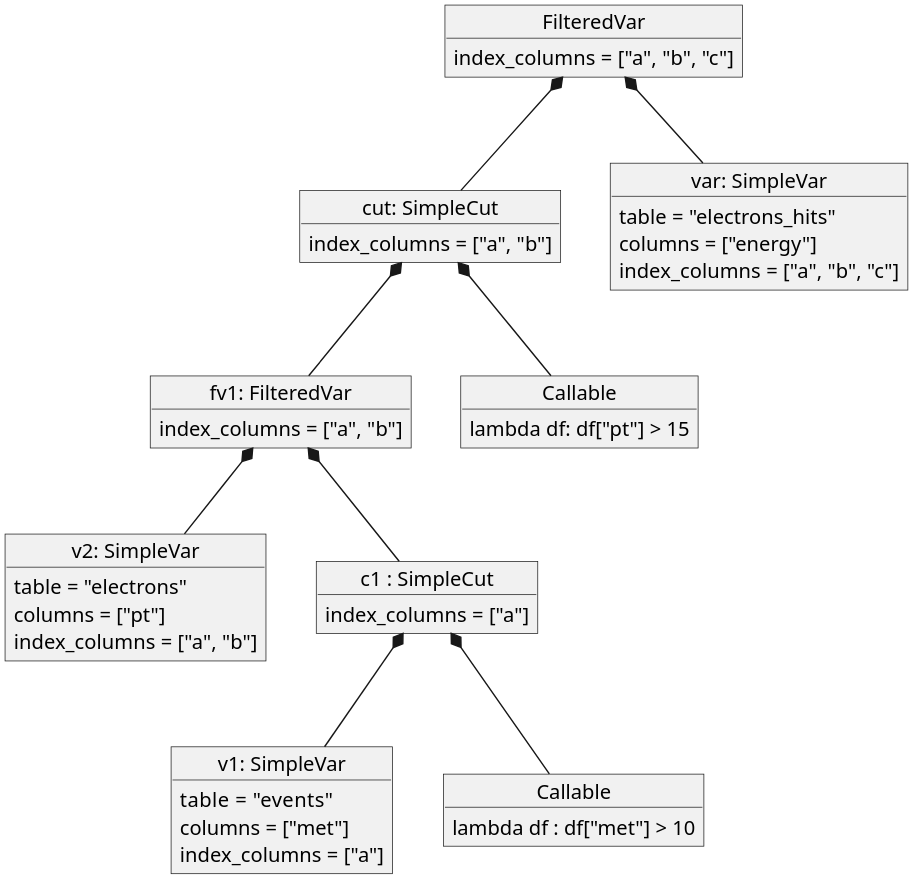
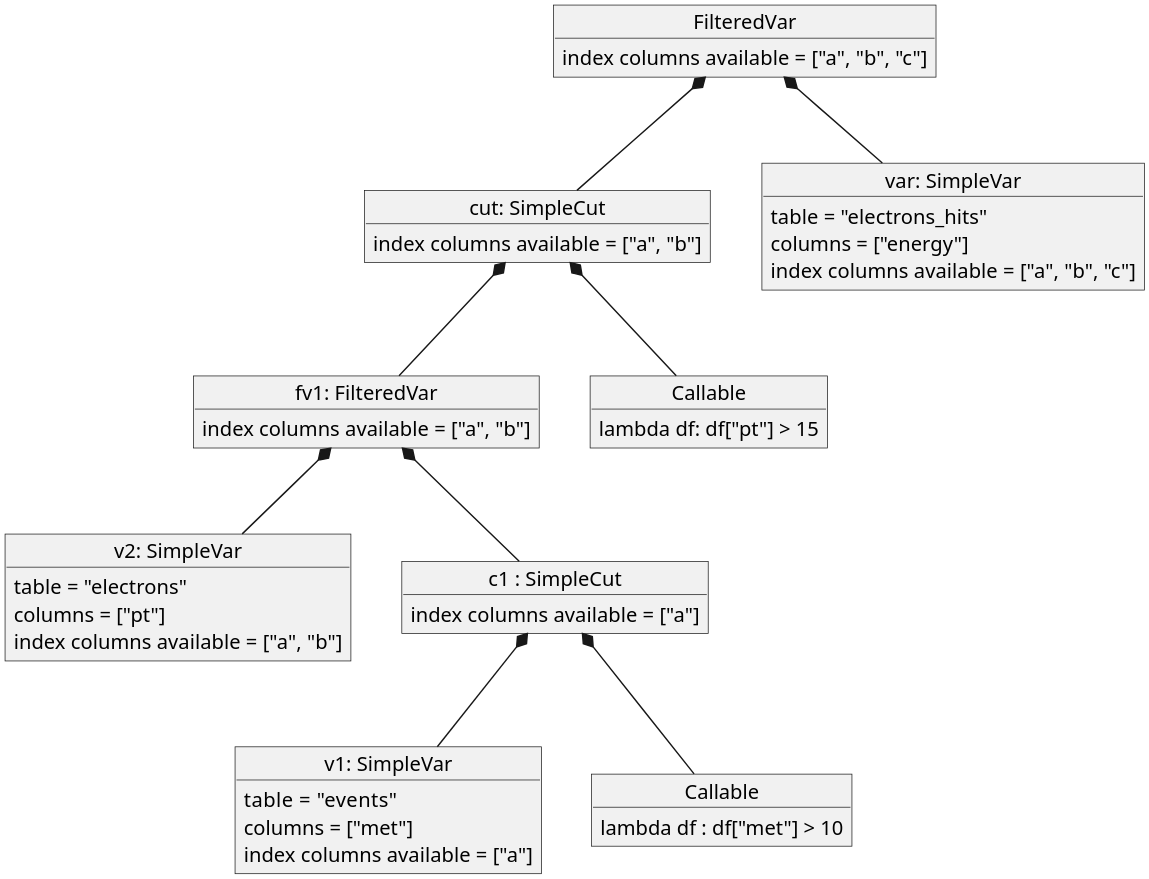
Before and after one commit to marcpaterno/pandana3-design: the diagram in diagrams/fv-uc-03.pu, drawn with PlantUML. The commit also changed 2 other files, not shown here.

Commit message:
Try to emphasize the index columns in not instance data

```diff
--- a/diagrams/fv-uc-03.pu
+++ b/diagrams/fv-uc-03.pu
@@ -1,57 +1,57 @@
 @startuml
 skinparam dpi 300
 
 object "v2: SimpleVar" as var {
   table = "electrons"
   columns = ["pt"]
-  index_columns = ["a", "b"]
+  index columns available = ["a", "b"]
 }
 
 object "c1 : SimpleCut" as cut {
-  index_columns = ["a"]
+  index columns available = ["a"]
 }
 
 object "v1: SimpleVar" as met {
   table =  "events"
   columns = ["met"]
-  index_columns = ["a"]
+  index columns available = ["a"]
 }
 
 object "fv1: FilteredVar" as fv1 {
-  index_columns = ["a", "b"]
+  index columns available = ["a", "b"]
 }
 
 object "Callable" as pred {
  lambda df : df["met"] > 10
 }
 
 object "FilteredVar" as fv2 {
-  index_columns = ["a", "b", "c"]
+  index columns available = ["a", "b", "c"]
 }
 
 object "cut: SimpleCut" as cut2 {
-  index_columns = ["a", "b"]
+  index columns available = ["a", "b"]
 }
 
 object "var: SimpleVar" as hits {
   table = "electrons_hits"
   columns = ["energy"]
-  index_columns = ["a", "b", "c"]
+  index columns available = ["a", "b", "c"]
 }
 
 object "Callable" as pred2 {
   lambda df: df["pt"] > 15
 }
 
 cut *-- met
 cut *-- pred
 fv1 *-- var
 fv1 *-- cut
 
 fv2 *-- hits
 fv2 *-- cut2
 
 cut2 *-- fv1
 cut2 *-- pred2
 
 @enduml
```
